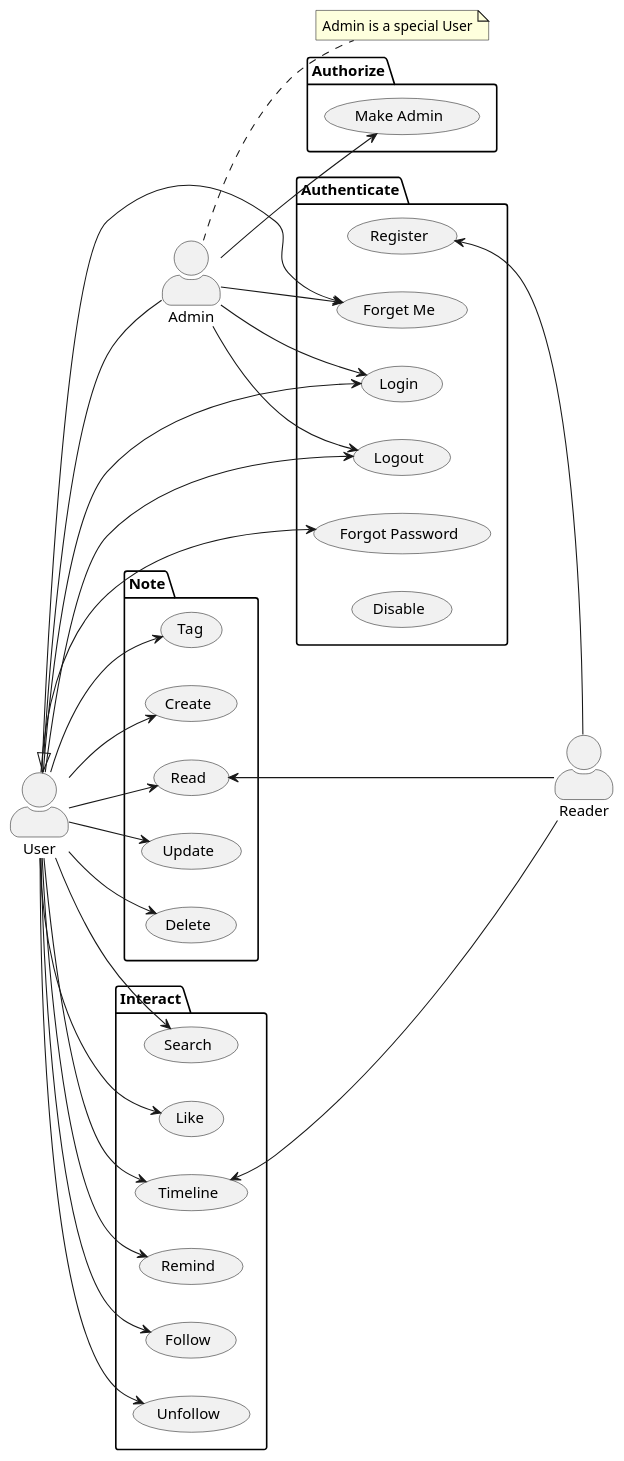
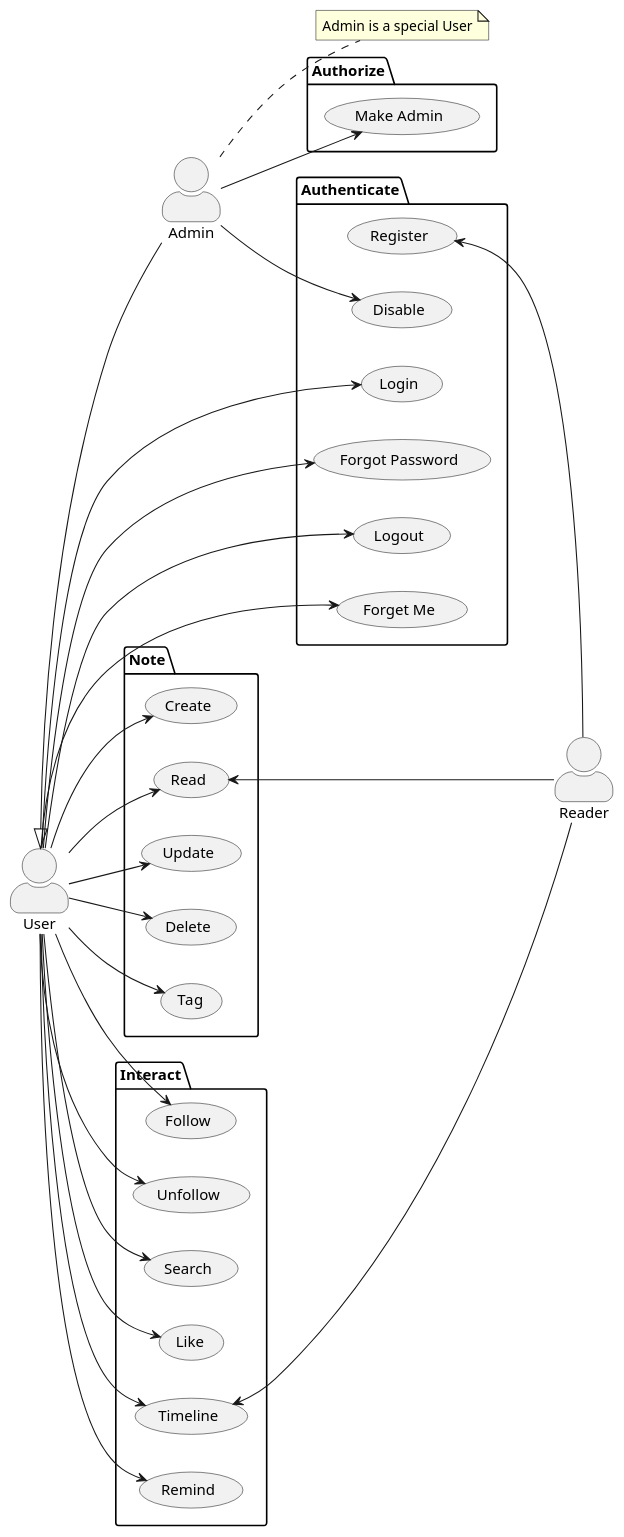
The diagram in documentatie/FO/use-cases.puml (jvorhauer/noviaal), drawn with PlantUML before and after one commit. The commit also changed 6 other files, not shown here.

```diff
--- a/documentatie/FO/use-cases.puml
+++ b/documentatie/FO/use-cases.puml
@@ -1,73 +1,71 @@
-@startuml
+@startuml use-cases
 
 skinparam actorStyle awesome
 
 left to right direction
 
 actor User as u
 actor Admin as a
 actor Reader as r
 
 note right of a : Admin is a special User
 
 u <|-- a
 
 package Authenticate {
   usecase "Register" as AC1
   usecase "Login" as AC2
   usecase "Forgot Password" as AC3
   usecase "Logout" as AC4
   usecase "Forget Me" as AC5
   usecase "Disable" as AC6
 }
 
 u --> AC2
 u --> AC3
 u --> AC4
 u --> AC5
 AC1 <-- r
-a --> AC5
-a --> AC2
-a --> AC4
+a --> AC6
 
 package Authorize {
   usecase "Make Admin" as RC1
 }
 
 a --> RC1
 
 package Note {
   usecase "Create" as NC1
   usecase "Read" as NC2
   usecase "Update" as NC3
   usecase "Delete" as NC4
   usecase "Tag" as NC5
 }
 
 u --> NC1
 u --> NC2
 u --> NC3
 u --> NC4
 u --> NC5
 
 NC2 <-- r
 
 package Interact {
   usecase "Follow" as IC1
   usecase "Unfollow" as IC2
   usecase "Search" as IC3
   usecase "Like" as IC4
   usecase "Timeline" as IC5
   usecase "Remind" as IC6
 }
 
 u --> IC1
 u --> IC2
 u --> IC3
 u --> IC4
 u --> IC5
 u --> IC6
 
 IC5 <-- r
 
 @enduml
```
